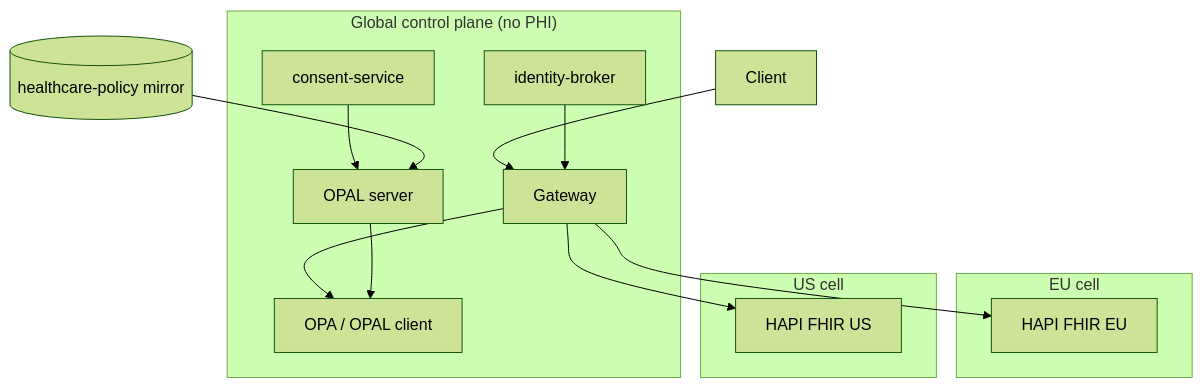
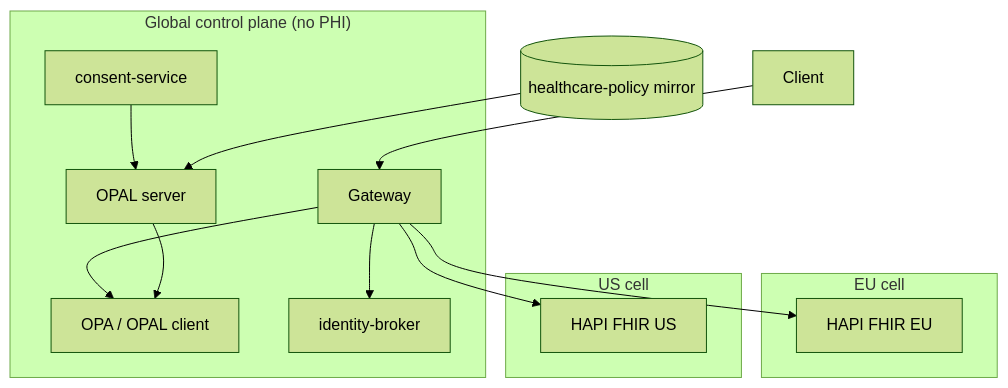
The diagram in README.md (SafetyMP/Healthcare-Data-Exchange), drawn with Mermaid (forest theme) before and after one commit. The commit also changed other lines of this file and 9 other files, not shown here.

First line of the commit message:
docs: align README and architecture docs with portfolio audit (#18)

````diff
--- a/README.md
+++ b/README.md
@@ -98,25 +101,25 @@
 ```mermaid
 flowchart TB
   subgraph global["Global control plane (no PHI)"]
     GW[Gateway]
     OPA[OPA / OPAL client]
     CS[consent-service]
     IB[identity-broker]
     OPALS[OPAL server]
   end
   subgraph eu["EU cell"]
     FHIR_EU[HAPI FHIR EU]
   end
   subgraph us["US cell"]
     FHIR_US[HAPI FHIR US]
   end
   POLICY[(healthcare-policy mirror)]
   Client --> GW
   GW --> OPA
   GW --> FHIR_EU
   GW --> FHIR_US
-  IB --> GW
+  GW --> IB
   CS --> OPALS
   POLICY --> OPALS
   OPALS --> OPA
 ```
````
